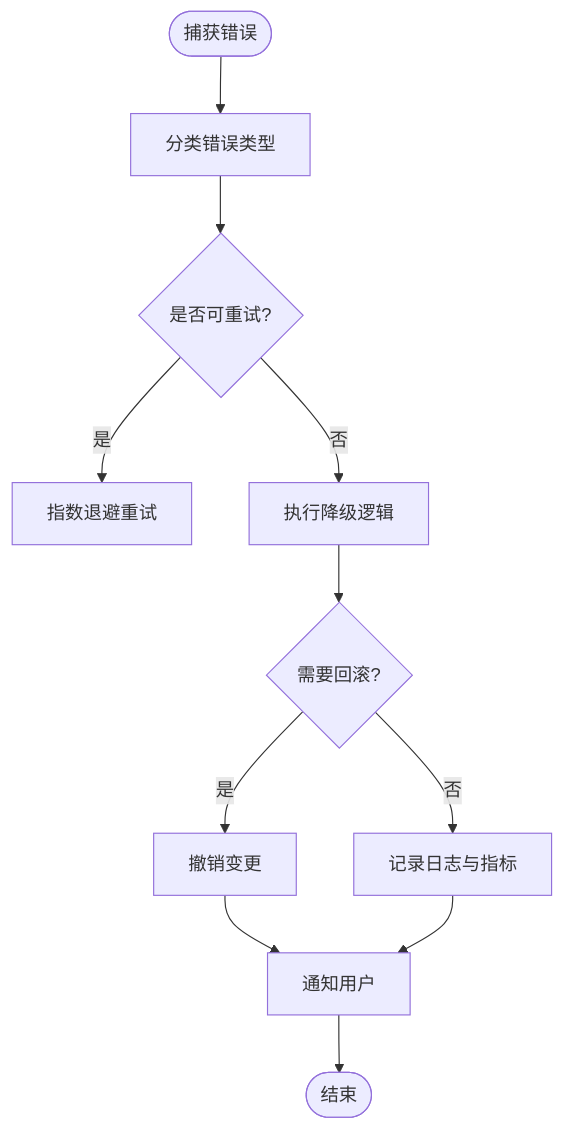
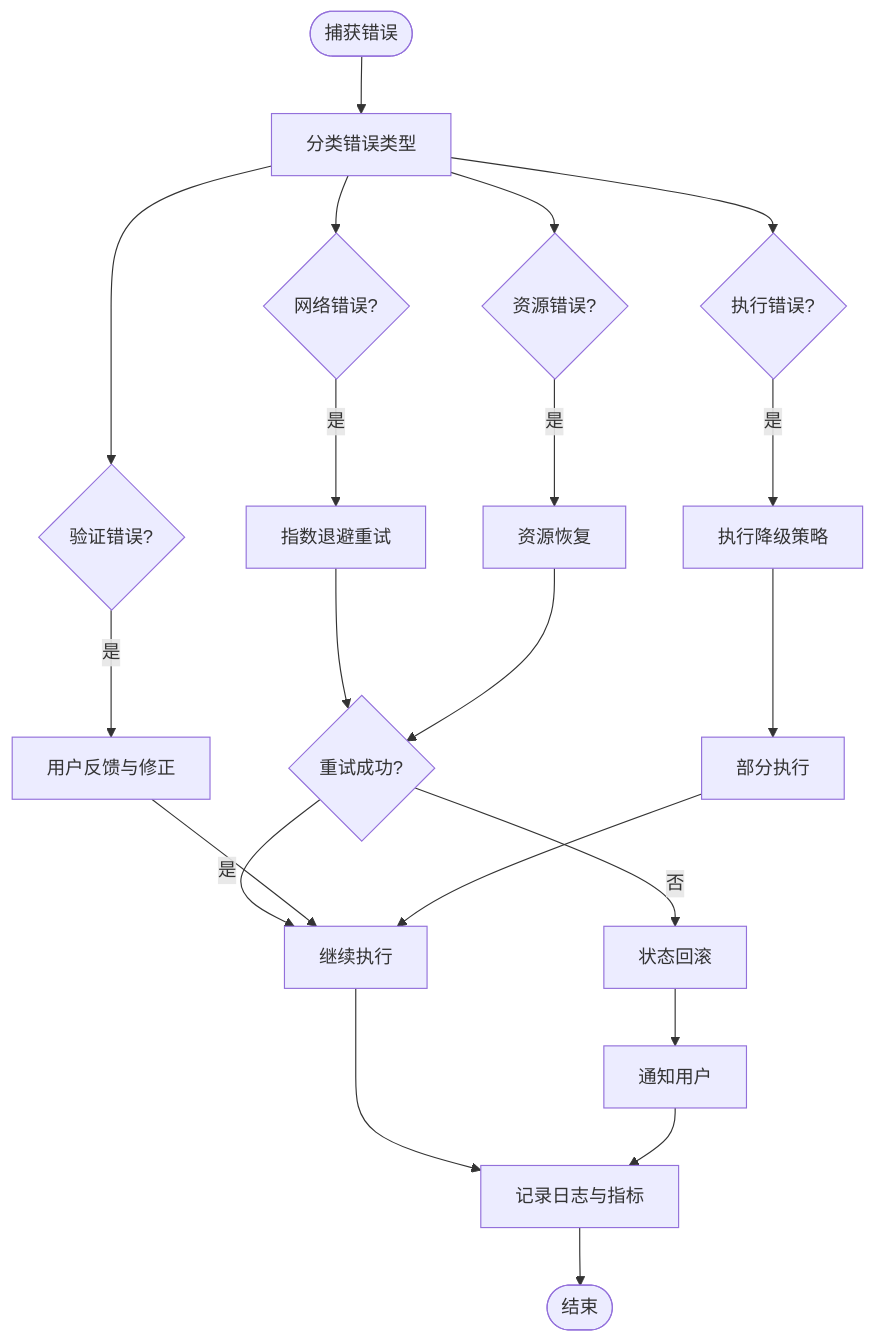
Diagram 11 of 15 in .qoder/repowiki/zh/content/画布编辑器/画布编辑器.md (scottcwy/PurpleInk), drawn with Mermaid before and after one commit. The commit also changed other lines of this file and 109 other files, not shown here.

````diff
--- a/.qoder/repowiki/zh/content/画布编辑器/画布编辑器.md
+++ b/.qoder/repowiki/zh/content/画布编辑器/画布编辑器.md
@@ -435,13 +571,23 @@
 ```mermaid
 flowchart TD
 Start(["捕获错误"]) --> Classify["分类错误类型"]
-Classify --> Retry{"是否可重试?"}
-Retry --> |是| Backoff["指数退避重试"]
-Retry --> |否| Fallback["执行降级逻辑"]
-Fallback --> Rollback{"需要回滚?"}
-Rollback --> |是| Undo["撤销变更"]
-Rollback --> |否| Log["记录日志与指标"]
-Undo --> Notify["通知用户"]
-Log --> Notify
-Notify --> End(["结束"])
+Classify --> NetworkErr{"网络错误?"}
+Classify --> ValidationErr{"验证错误?"}
+Classify --> ExecutionErr{"执行错误?"}
+Classify --> ResourceErr{"资源错误?"}
+NetworkErr --> |是| RetryWithBackoff["指数退避重试"]
+ValidationErr --> |是| UserFeedback["用户反馈与修正"]
+ExecutionErr --> |是| FallbackStrategy["执行降级策略"]
+ResourceErr --> |是| ResourceRecovery["资源恢复"]
+RetryWithBackoff --> Success{"重试成功?"}
+FallbackStrategy --> PartialExec["部分执行"]
+ResourceRecovery --> Success
+Success --> |是| Continue["继续执行"]
+Success --> |否| Rollback["状态回滚"]
+UserFeedback --> Continue
+PartialExec --> Continue
+Rollback --> Notify["通知用户"]
+Continue --> Log["记录日志与指标"]
+Notify --> Log
+Log --> End(["结束"])
 ```
````
